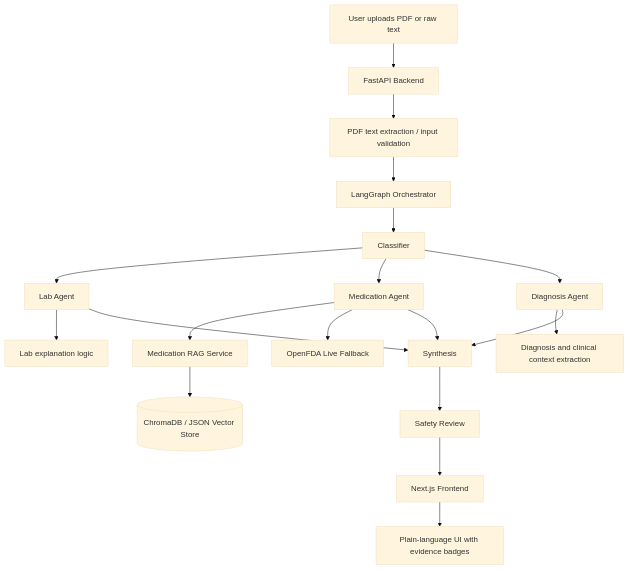
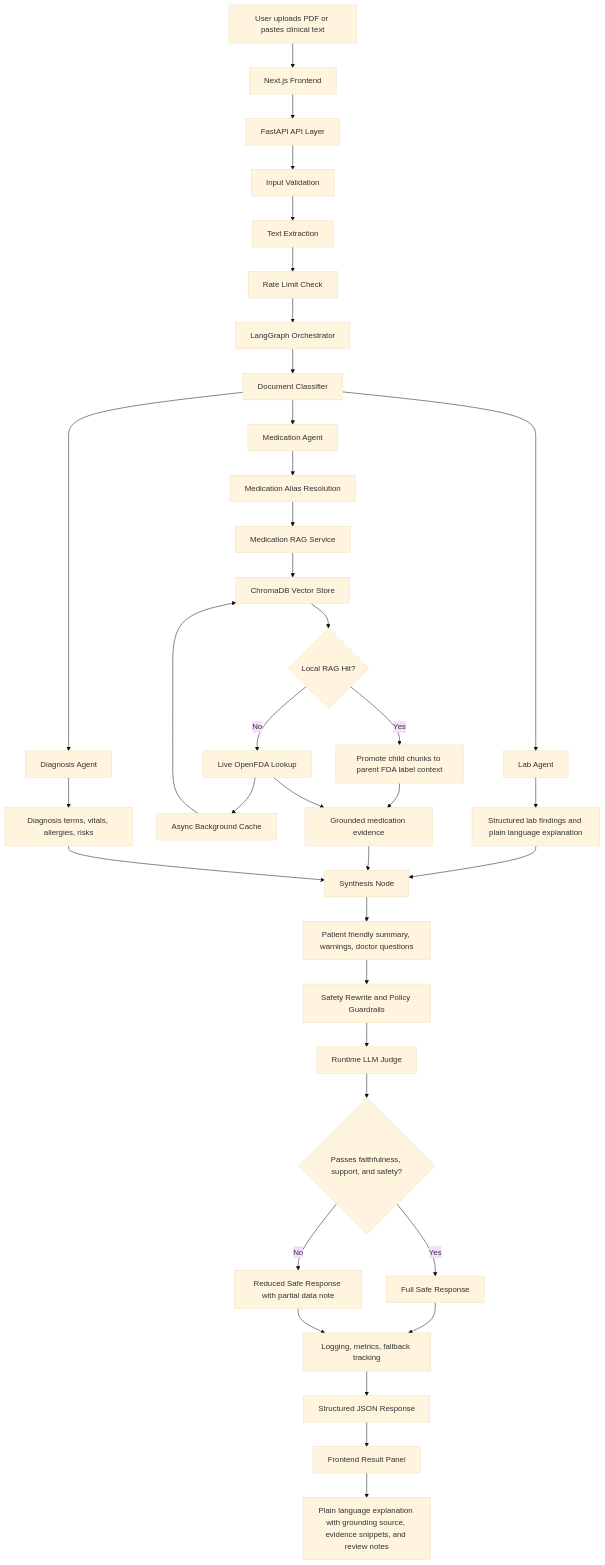
Before and after one commit to 2015pushkar/MedSpeak: the first of 2 diagrams in README.md, drawn with Mermaid (base theme).

Commit message:
Readme updated

````diff
--- a/README.md
+++ b/README.md
@@ -61,26 +61,58 @@
 ```mermaid
 flowchart TD
-    A[User uploads PDF or raw text] --> B[FastAPI Backend]
-    B --> C[PDF text extraction / input validation]
-    C --> D[LangGraph Orchestrator]
+    U[User uploads PDF or pastes clinical text] --> FE[Next.js Frontend]
 
-    D --> E[Classifier]
-    E --> F[Lab Agent]
-    E --> G[Medication Agent]
-    E --> H[Diagnosis Agent]
+    FE --> API[FastAPI API Layer]
 
-    G --> I[Medication RAG Service]
-    I --> J[(ChromaDB / JSON Vector Store)]
-    G --> K[OpenFDA Live Fallback]
+    API --> V[Input Validation]
+    V --> EX[Text Extraction]
+    EX --> RL[Rate Limit Check]
+    RL --> LG[LangGraph Orchestrator]
 
-    F --> L[Lab explanation logic]
-    H --> M[Diagnosis and clinical context extraction]
+    LG --> CL[Document Classifier]
 
-    F --> N[Synthesis]
-    G --> N
-    H --> N
+    CL --> LAB[Lab Agent]
+    CL --> MED[Medication Agent]
+    CL --> DX[Diagnosis Agent]
 
-    N --> O[Safety Review]
-    O --> P[Next.js Frontend]
-    P --> Q[Plain-language UI with evidence badges]
+    LAB --> LABOUT[Structured lab findings and plain language explanation]
+
+    MED --> ALIAS[Medication Alias Resolution]
+    ALIAS --> RAG[Medication RAG Service]
+
+    RAG --> CHROMA[ChromaDB Vector Store]
+    CHROMA --> HIT{Local RAG Hit?}
+
+    HIT -->|Yes| PARENT[Promote child chunks to parent FDA label context]
+    HIT -->|No| FDA[Live OpenFDA Lookup]
+
+    FDA --> CACHE[Async Background Cache]
+    CACHE --> CHROMA
+
+    PARENT --> MEDOUT[Grounded medication evidence]
+    FDA --> MEDOUT
+
+    DX --> DXOUT[Diagnosis terms, vitals, allergies, risks]
+
+    LABOUT --> SYN[Synthesis Node]
+    MEDOUT --> SYN
+    DXOUT --> SYN
+
+    SYN --> DRAFT[Patient friendly summary, warnings, doctor questions]
+
+    DRAFT --> SAFE[Safety Rewrite and Policy Guardrails]
+    SAFE --> JUDGE[Runtime LLM Judge]
+
+    JUDGE --> PASS{Passes faithfulness, support, and safety?}
+
+    PASS -->|Yes| RESP[Full Safe Response]
+    PASS -->|No| REDUCED[Reduced Safe Response with partial data note]
+
+    RESP --> OBS[Logging, metrics, fallback tracking]
+    REDUCED --> OBS
+
+    OBS --> APIRESP[Structured JSON Response]
+    APIRESP --> FEOUT[Frontend Result Panel]
+
+    FEOUT --> FINAL[Plain language explanation with grounding source, evidence snippets, and review notes]
 ```
````
